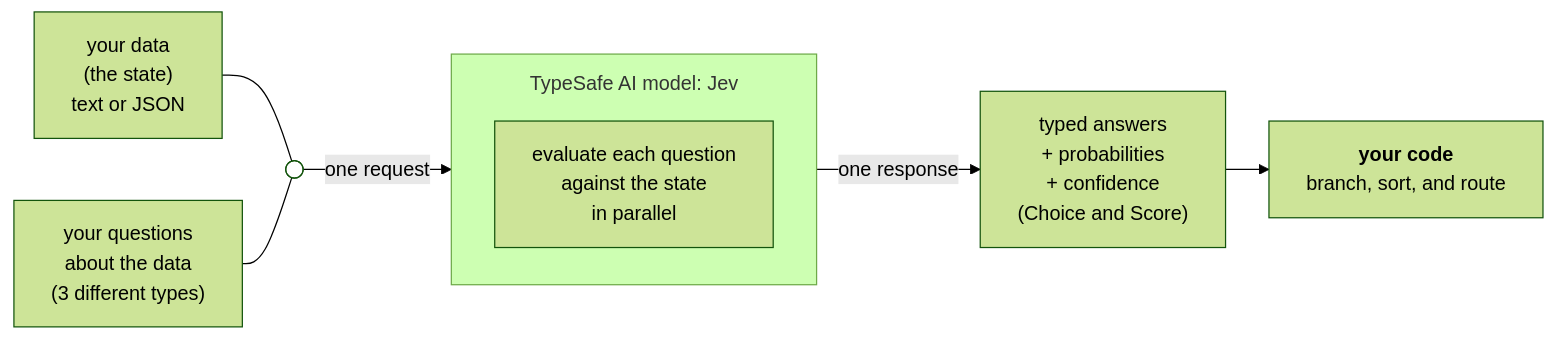
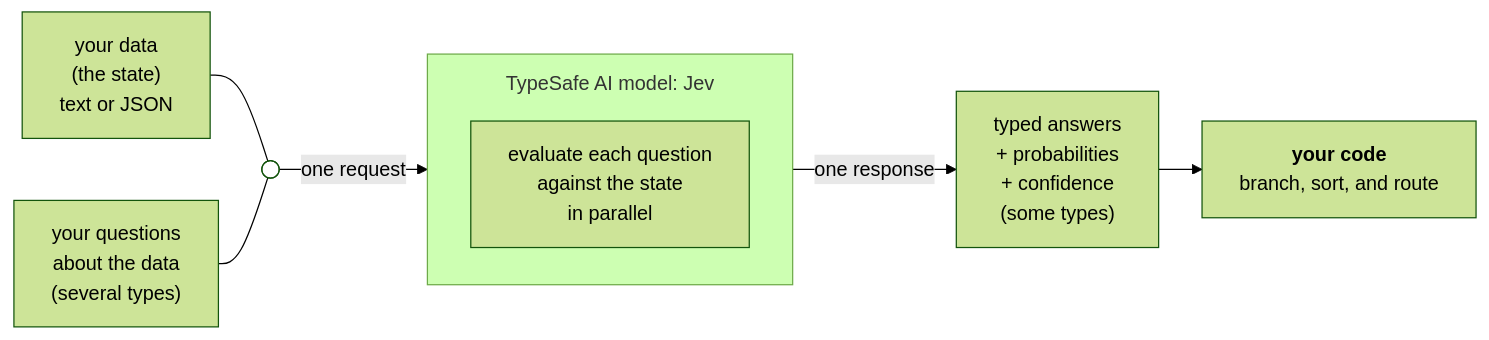
One commit to IamKrill1n/typesafe-docs changed the diagram in docs/introduction.md. Above: the diagram before and after it, drawn with Mermaid (forest theme). The commit also changed other lines of this file and 102 other files, not shown here.

````diff
--- a/docs/introduction.md
+++ b/docs/introduction.md
@@ -9,24 +9,24 @@
 ```mermaid actions={true}
 %%{init: {"fontFamily": "Inter, sans-serif", "flowchart": {"rankSpacing": 35, "wrappingWidth": 300, "subGraphTitleMargin": {"top": 12, "bottom": 12}}}}%%
 flowchart LR
     state["your data<br/>(the state)<br/>text or JSON"]
-    questions["your questions<br/>about the data<br/>(3 different types)"]
+    questions["your questions<br/>about the data<br/>(several types)"]
 
     %% not a node - the point where the two lines join into one request
     join@{ shape: f-circ }
 
     subgraph model["TypeSafe AI model: Jev"]
         evaluate["evaluate each question<br/>against the state<br/>in parallel"]
     end
 
     state --- join
     questions --- join
     join -- "one request" --> model
-    model -- "one response" --> answers["typed answers<br/>+ probabilities<br/>+ confidence<br/>(Choice and Score)"]
+    model -- "one response" --> answers["typed answers<br/>+ probabilities<br/>+ confidence<br/>(some types)"]
     answers --> code["<b>your code</b><br/>branch, sort, and route"]
 
     %% fill:none drops mermaid's own dot; .junction in styles.css redraws
     %% the shape as the three short arms that bridge the join.
     classDef junction fill:none
     class join junction
 ```
````
